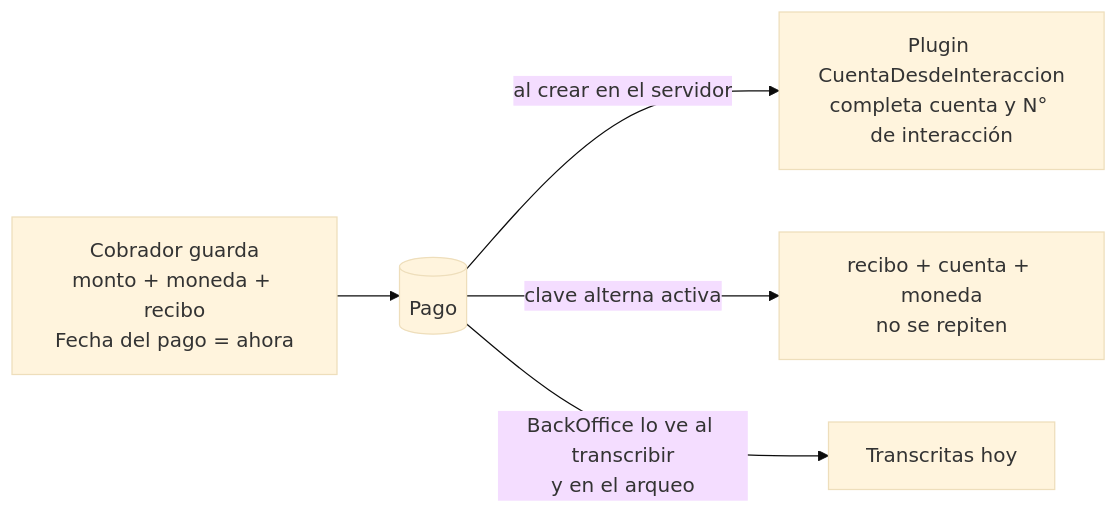
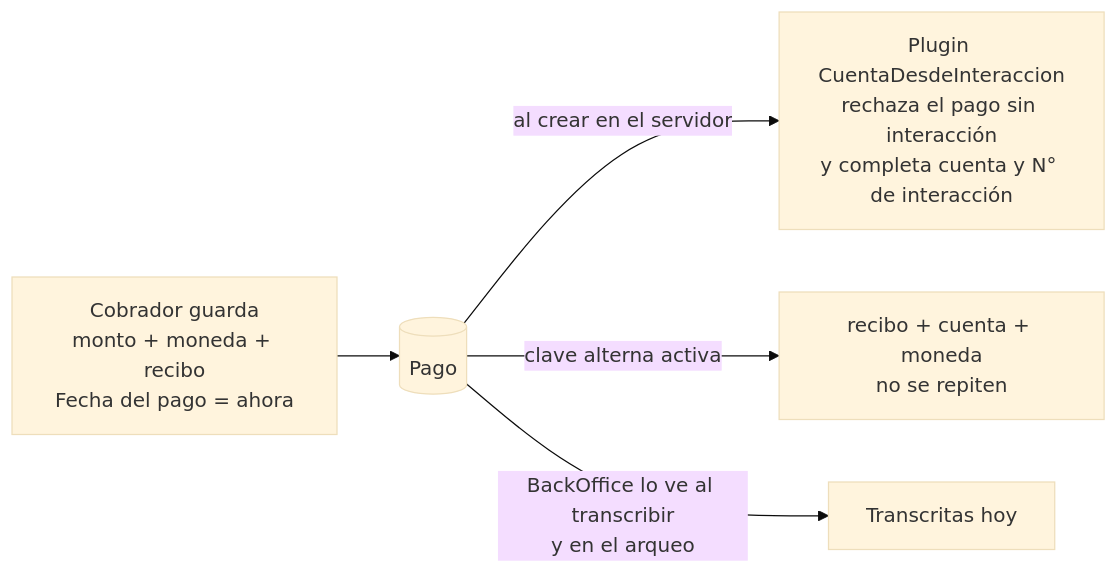
Before and after one commit to breaking-bytes-dev/cobranza-movil: the seventh of 9 diagrams in docs/auditoria/ciclo-de-vida-de-los-datos.md, drawn with Mermaid (base theme). The commit also changed other lines of this file and 14 other files, not shown here.

````diff
--- a/docs/auditoria/ciclo-de-vida-de-los-datos.md
+++ b/docs/auditoria/ciclo-de-vida-de-los-datos.md
@@ -233,7 +262,7 @@
 ```mermaid
 flowchart LR
     T["Cobrador guarda<br/>monto + moneda + recibo<br/>Fecha del pago = ahora"] --> P[(Pago)]
-    P -->|"al crear en el servidor"| PL["Plugin CuentaDesdeInteraccion<br/>completa cuenta y N° de interacción"]
+    P -->|"al crear en el servidor"| PL["Plugin CuentaDesdeInteraccion<br/>rechaza el pago sin interacción<br/>y completa cuenta y N° de interacción"]
     P -->|"clave alterna activa"| K["recibo + cuenta + moneda<br/>no se repiten"]
     P -->|"BackOffice lo ve al transcribir<br/>y en el arqueo"| BO[Transcritas hoy]
 ```
````
